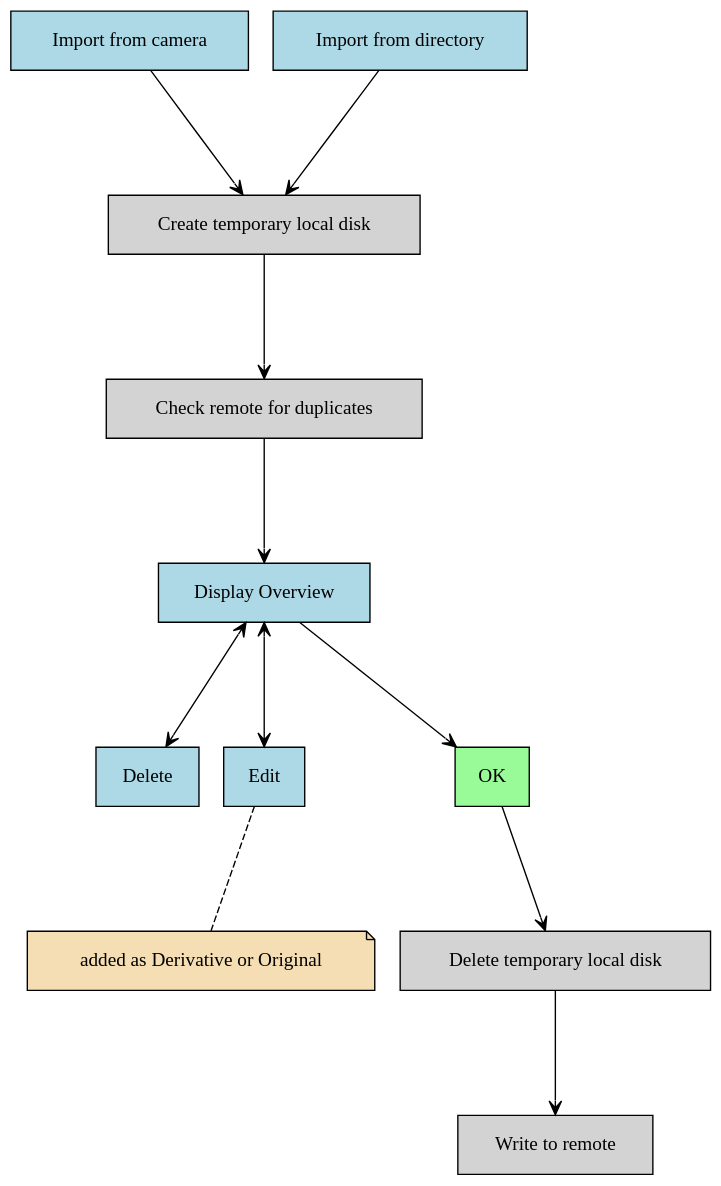
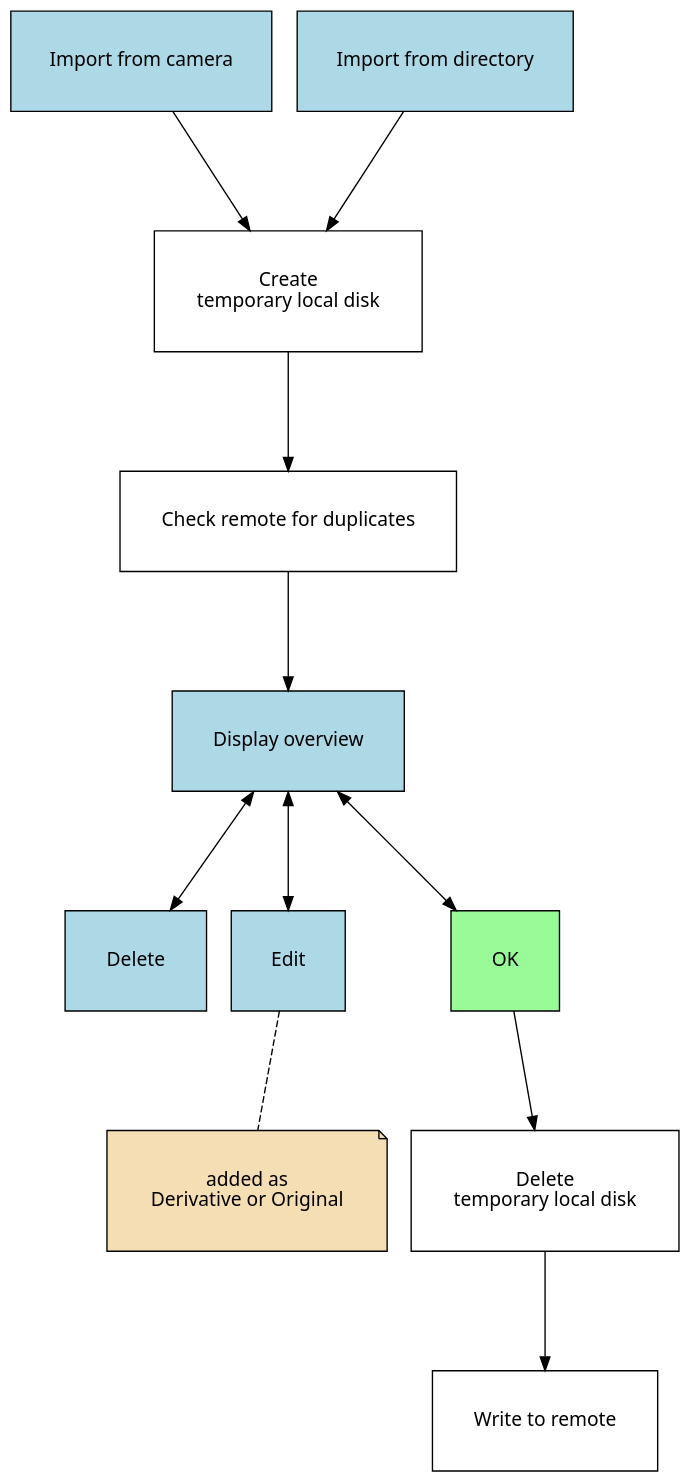
The diagram in graphviz/import.gv (culmat/photo), drawn with Graphviz before and after one commit. The commit also changed other lines of this file, not shown here.

Commit message:
refactor import graph

```diff
--- a/graphviz/import.gv
+++ b/graphviz/import.gv
@@ -1,30 +1,25 @@
-digraph structs {
-ranksep = "1.25";
-rankdir = "LR";
-peripheries = "0";
-fontname = "Verdana";
-fontsize = "10";
-bgcolor = "transparent";
-rankdir = "TD";
-"Import from camera" [shape = "record", margin = ".2", style = "filled", fillcolor = "lightblue", label = "Import from camera"];
-"Create temporary local disk" [shape = "record", margin = ".2", style = "filled", fillcolor = "lightgrey", label = "Create temporary local disk"];
-"Check remote for duplicates" [shape = "record", margin = ".2", style = "filled", fillcolor = "lightgrey", label = "Check remote for duplicates"];
-"Display Overview" [shape = "record", margin = ".2", style = "filled", fillcolor = "lightblue", label = "Display Overview"];
-  "Import from camera" -> "Create temporary local disk" [dir = "both", arrowtail = "none", arrowhead = "vee", arrowsize = "1.0", minlen = "1.0", labelangle = "20", labeldistance = "2", labelfloat = "true"];
-  "Create temporary local disk" -> "Check remote for duplicates" [dir = "both", arrowtail = "none", arrowhead = "vee", arrowsize = "1.0", minlen = "1.0", labelangle = "20", labeldistance = "2", labelfloat = "true"];
-  "Check remote for duplicates" -> "Display Overview" [dir = "both", arrowtail = "none", arrowhead = "vee", arrowsize = "1.0", minlen = "1.0", labelangle = "20", labeldistance = "2", labelfloat = "true"];
-"Import from directory" [shape = "record", margin = ".2", style = "filled", fillcolor = "lightblue", label = "Import from directory"];
-  "Import from directory" -> "Create temporary local disk" [dir = "both", arrowtail = "none", arrowhead = "vee", arrowsize = "1.0", minlen = "1.0", labelangle = "20", labeldistance = "2", labelfloat = "true"];
-Delete [shape = "record", margin = ".2", style = "filled", fillcolor = "lightblue", label = "Delete"];
-  "Display Overview" -> Delete [dir = "both", arrowtail = "vee", arrowhead = "vee", arrowsize = "1.0", minlen = "1.0", labelangle = "20", labeldistance = "2", labelfloat = "true"];
-Edit [shape = "record", margin = ".2", style = "filled", fillcolor = "lightblue", label = "Edit"];
-  "Display Overview" -> Edit [dir = "both", arrowtail = "vee", arrowhead = "vee", arrowsize = "1.0", minlen = "1.0", labelangle = "20", labeldistance = "2", labelfloat = "true"];
-OK [shape = "record", margin = ".2", style = "filled", fillcolor = "palegreen", label = "OK"];
-"Delete temporary local disk" [shape = "record", margin = ".2", style = "filled", fillcolor = "lightgrey", label = "Delete temporary local disk"];
-"Write to remote" [shape = "record", margin = ".2", style = "filled", fillcolor = "lightgrey", label = "Write to remote"];
-  "Display Overview" -> OK [dir = "both", arrowtail = "none", arrowhead = "vee", arrowsize = "1.0", minlen = "1.0", labelangle = "20", labeldistance = "2", labelfloat = "true"];
-  OK -> "Delete temporary local disk" [dir = "both", arrowtail = "none", arrowhead = "vee", arrowsize = "1.0", minlen = "1.0", labelangle = "20", labeldistance = "2", labelfloat = "true"];
-  "Delete temporary local disk" -> "Write to remote" [dir = "both", arrowtail = "none", arrowhead = "vee", arrowsize = "1.0", minlen = "1.0", labelangle = "20", labeldistance = "2", labelfloat = "true"];
-"added as Derivative or Original" [shape = "note", margin = ".2", style = "filled", fillcolor = "wheat", label = "added as Derivative or Original"];
-  Edit -> "added as Derivative or Original" [dir = "both", arrowtail = "none", arrowhead = "none", arrowsize = "1.0", minlen = "1.0", labelangle = "20", labeldistance = "2", labelfloat = "true", style = "dashed"];
+digraph G {
+  rankdir=TB
+  bgcolor = "transparent"
+  ranksep = "1.2"
+  node [fontname = "Sans", shape = "record", margin = ".4"]
+  n1 [label = "Import from camera",fillcolor=lightblue,style = "filled"]
+  n2 [label = "Import from directory",fillcolor=lightblue,style = "filled"]
+  n3 [label="Create \n temporary local disk"]
+  n4 [label="Check remote for duplicates"]
+  n5 [label = "Display overview",fillcolor=lightblue,style = "filled"]
+  n6 [label = "Delete",fillcolor=lightblue,style = "filled"]
+  n7 [label = "Edit",fillcolor=lightblue,style = "filled"]
+  n8 [label = "OK",fillcolor=palegreen,style = "filled"]
+  n9 [label = "Delete \n temporary local disk"]
+  n10 [label = "Write to remote"]
+  z1 [label = "added as \n Derivative or Original", shape = "note",  style = "filled", fillcolor = "wheat"]
+  n1 -> n3 -> n4 -> n5
+  n2 -> n3
+  n5 -> n6 [dir = "both"]
+  n5 -> n7 [dir = "both"]
+  n5 -> n8 [dir = "both"]
+  n8 -> n9 -> n10
+  n7 -> z1 [arrowhead = "none", style = "dashed"]
+  
 }
```
